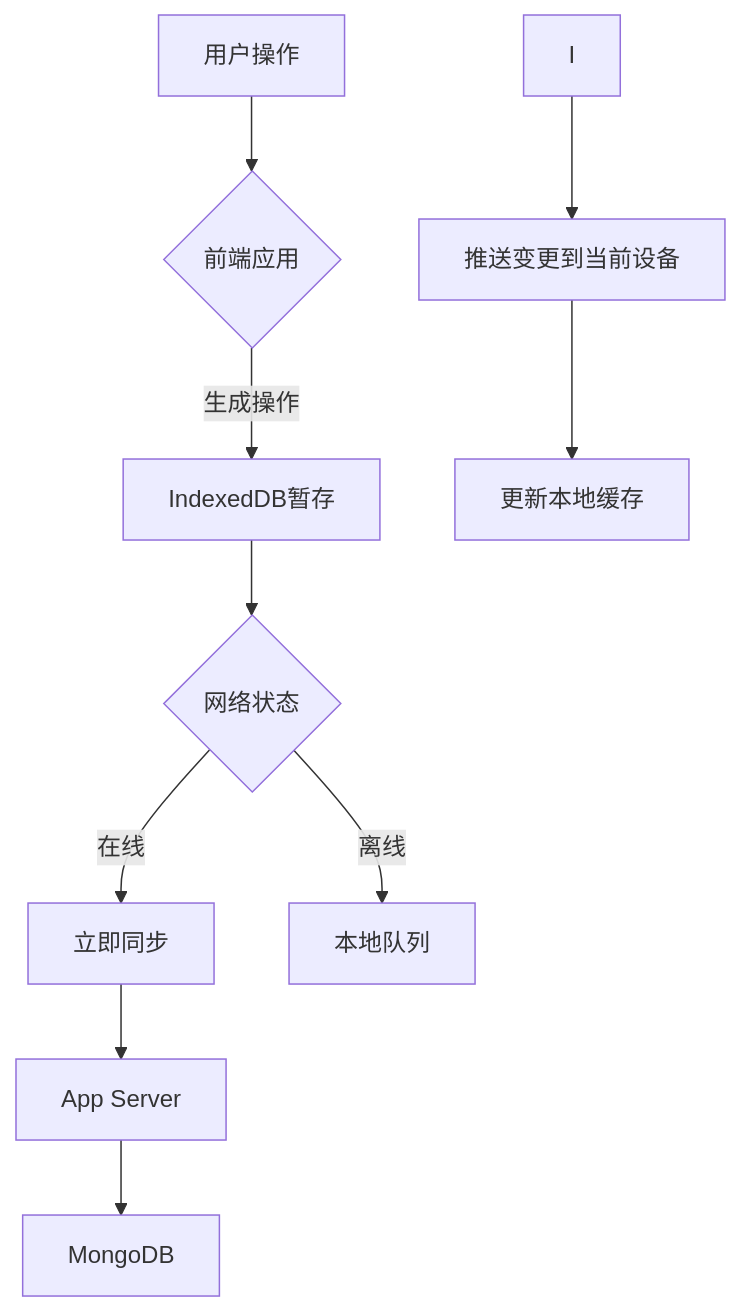
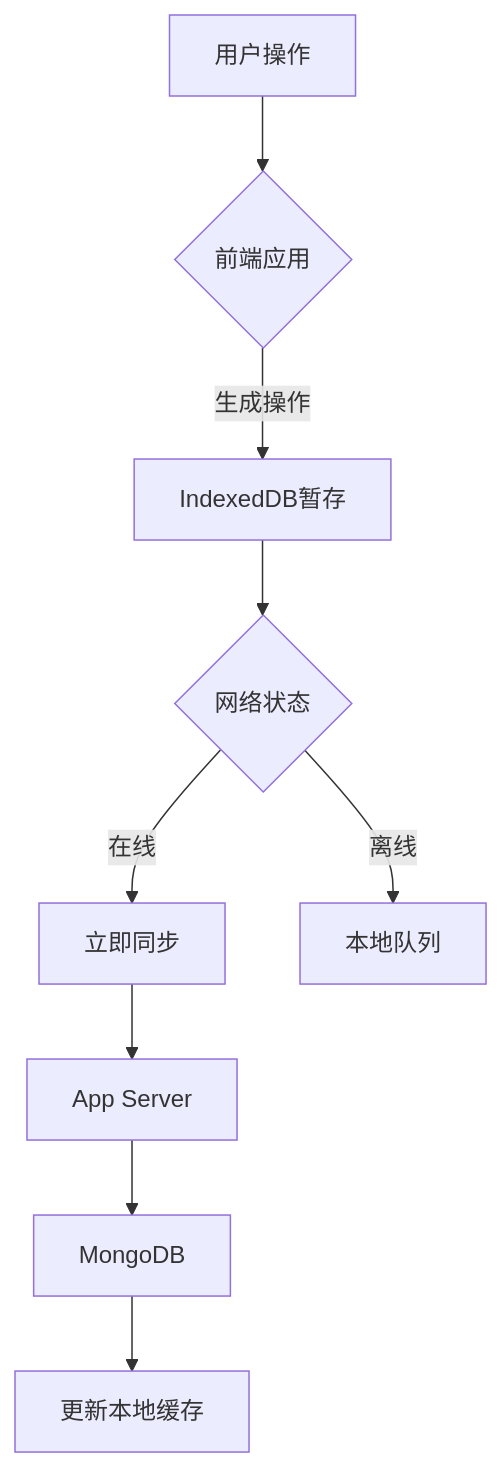
One commit to yingjianzh/iodraw-files changed the diagram in all/未命名-21.md. Above: the diagram before and after it, drawn with Mermaid.

Commit message:
2025-02-17 14:46:06 update

````diff
--- a/all/未命名-21.md
+++ b/all/未命名-21.md
@@ -1,12 +1,11 @@
 ```mermaid
 graph TD
     A[用户操作] --> B{前端应用}
     B -->|生成操作| C[IndexedDB暂存]
     C --> D{网络状态}
     D -->|在线| E[立即同步]
     D -->|离线| F[本地队列]
     E --> G[App Server]
     G --> H[MongoDB]
-    I --> J[推送变更到当前设备]
-    J --> K[更新本地缓存]
+    H --> K[更新本地缓存]
 ```
````
